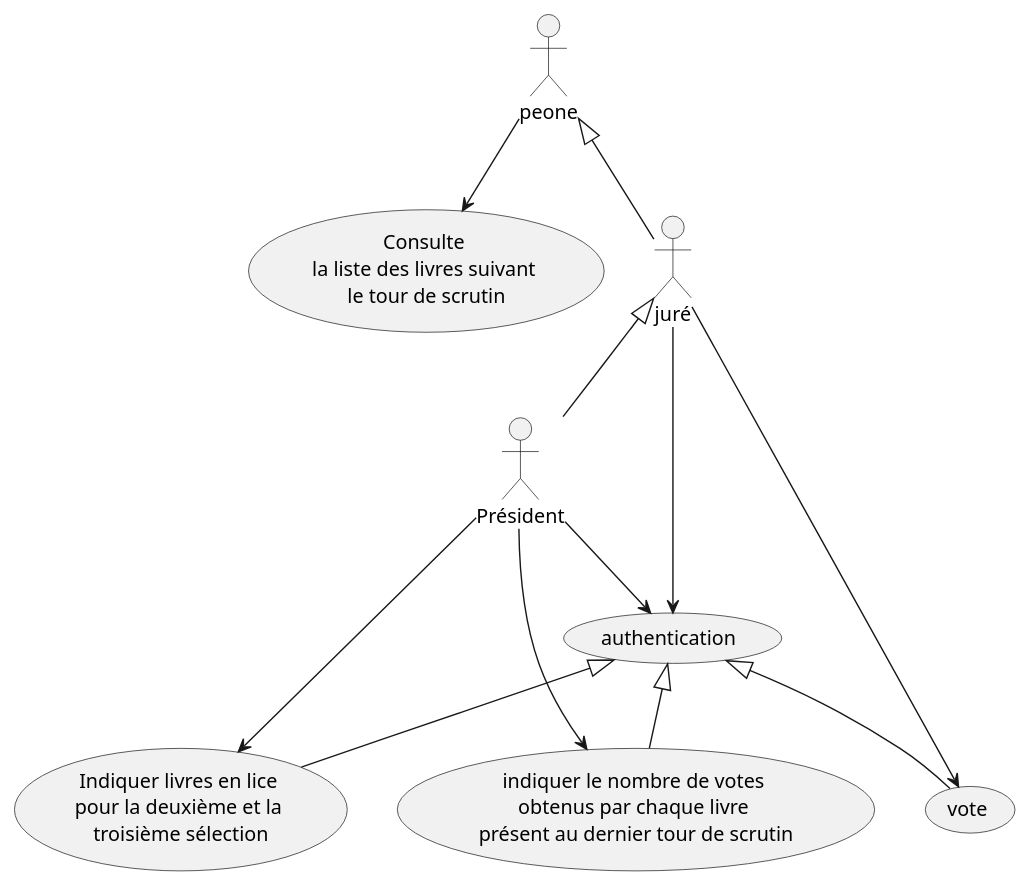
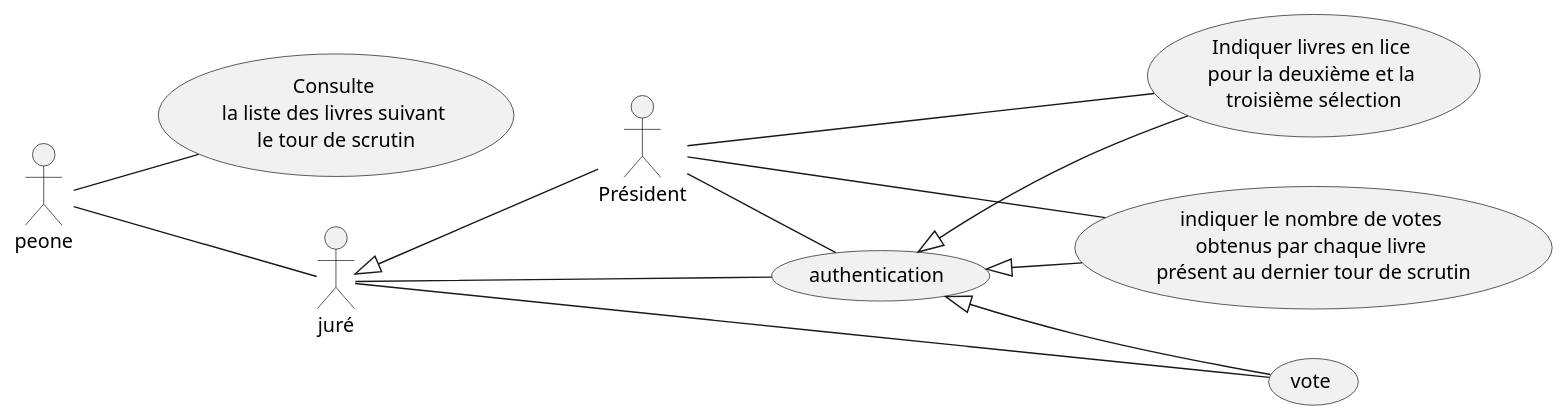
One commit to ayl001/goncourtyaml changed the diagram in usecases.puml. Above: the diagram before and after it, drawn with PlantUML.

Commit message:
Comme le sparadrap du capitaine Hadock

```diff
--- a/usecases.puml
+++ b/usecases.puml
@@ -1,22 +1,23 @@
 @startuml
-:peone:-->(Consulte)
-:pj:-->(authentication)
-:pj: --> (lice)
-:pj: --> (scrutin)
-peone<|--juré
+left to right direction
+:peone:--(Consulte)
+:pj:--(authentication)
+:pj: -- (lice)
+:pj: -- (scrutin)
+peone -- juré
 juré<|--pj
-:juré:-->(authentication)
-:juré:-->(vote)
+:juré: -- (authentication)
+:juré: -- (vote)
 "Consulte \nla liste des livres suivant \
 \nle tour de scrutin" as (Consulte)
 "Indiquer livres en lice \
 \npour la deuxième et la \
 \ntroisième sélection" as (lice)
 "indiquer le nombre de votes \
 \nobtenus par chaque livre \
 \nprésent au dernier tour de scrutin" as (scrutin)
 "Président" as pj
 authentication<|--(lice)
 authentication<|--vote
 authentication<|--scrutin
 @enduml
```
